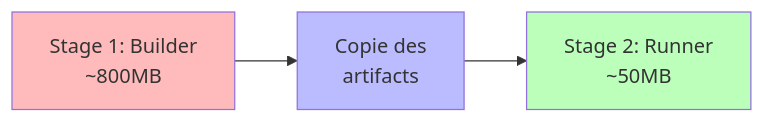
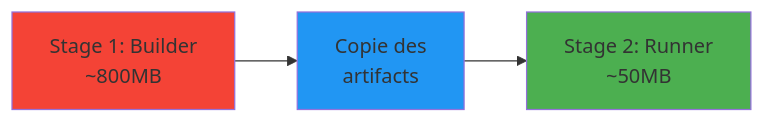
Before and after one commit to VBlackJack/ShellBook: the diagram in docs/devops/pipelines/dockerfile-golden.md, drawn with Mermaid. The commit also changed 337 other files, not shown here.

First line of the commit message:
refactor(docs): Standardize code blocks and Mermaid colors

````diff
--- a/docs/devops/pipelines/dockerfile-golden.md
+++ b/docs/devops/pipelines/dockerfile-golden.md
@@ -40,9 +40,9 @@
 ```mermaid
 graph LR
     A[Stage 1: Builder<br/>~800MB] --> B[Copie des<br/>artifacts]
     B --> C[Stage 2: Runner<br/>~50MB]
 
-    style A fill:#fbb
-    style B fill:#bbf
-    style C fill:#bfb
+    style A fill:#f44336
+    style B fill:#2196F3
+    style C fill:#4CAF50
 ```
````
